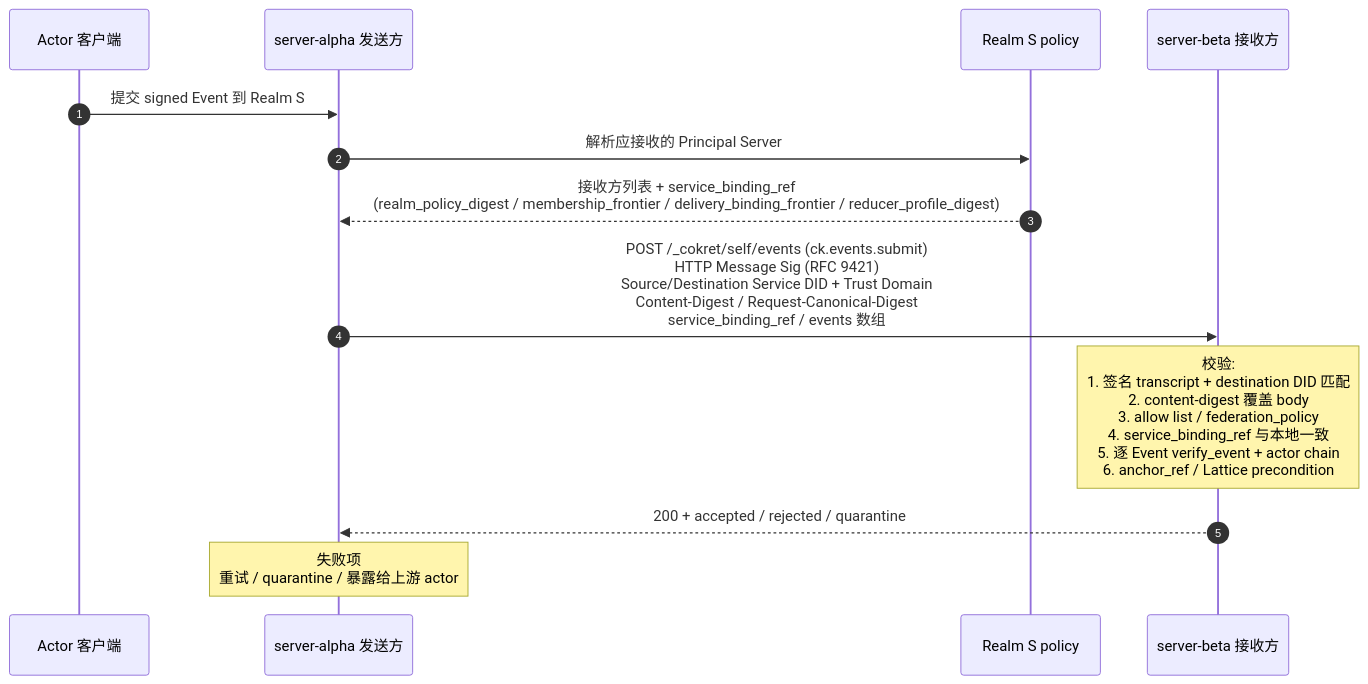
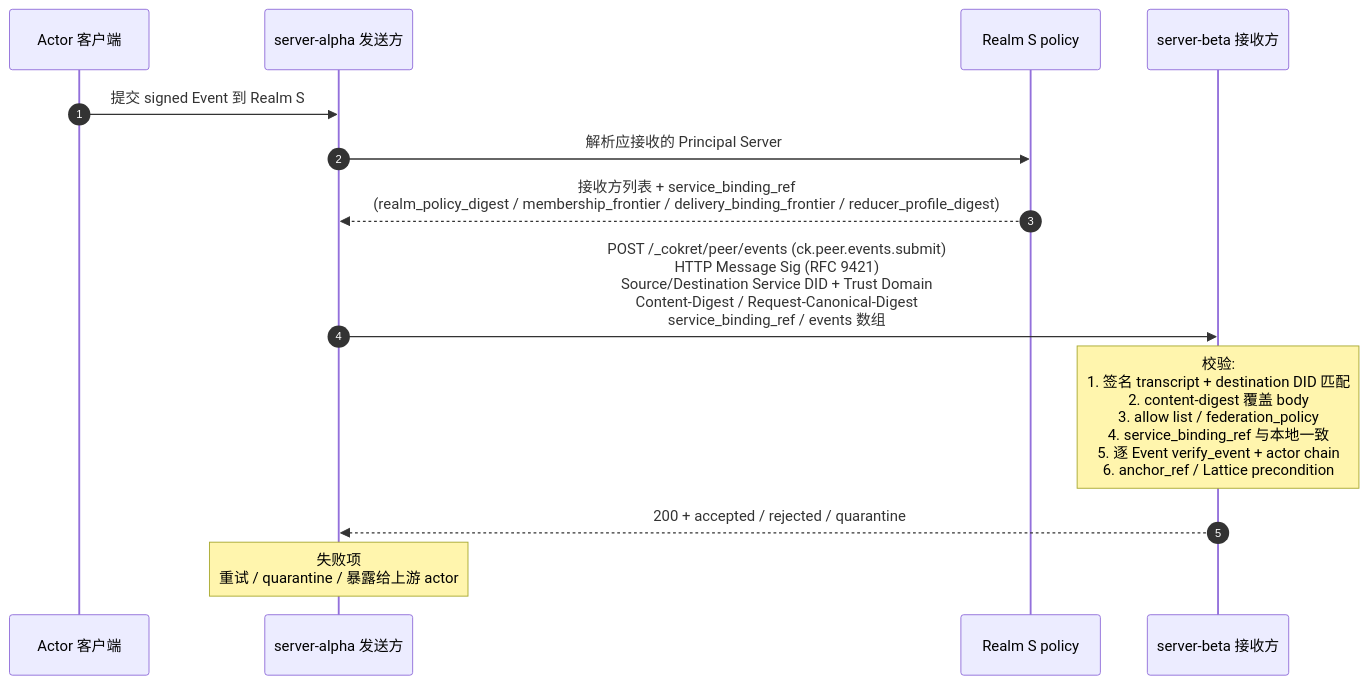
One commit to arkret-org/arkret-spec changed the diagram in spec/v1/zh/sync/federation.md. Above: the diagram before and after it, drawn with Mermaid. The commit also changed other lines of this file and 25 other files, not shown here.

First line of the commit message:
Enhance Cokret HTTP/JSON binding and federation capabilities

````diff
--- a/spec/v1/zh/sync/federation.md
+++ b/spec/v1/zh/sync/federation.md
@@ -342,16 +342,16 @@
 ```mermaid
 sequenceDiagram
     autonumber
     participant Cli as Actor 客户端
     participant Alpha as server-alpha 发送方
     participant Pol as Realm S policy
     participant Beta as server-beta 接收方
 
     Cli->>Alpha: 提交 signed Event 到 Realm S
     Alpha->>Pol: 解析应接收的 Principal Server
     Pol-->>Alpha: 接收方列表 + service_binding_ref<br>(realm_policy_digest / membership_frontier / delivery_binding_frontier / reducer_profile_digest)
-    Alpha->>Beta: POST /_cokret/self/events (ck.events.submit)<br>HTTP Message Sig (RFC 9421)<br>Source/Destination Service DID + Trust Domain<br>Content-Digest / Request-Canonical-Digest<br>service_binding_ref / events 数组
+    Alpha->>Beta: POST /_cokret/peer/events (ck.peer.events.submit)<br>HTTP Message Sig (RFC 9421)<br>Source/Destination Service DID + Trust Domain<br>Content-Digest / Request-Canonical-Digest<br>service_binding_ref / events 数组
     note over Beta: 校验:<br>1. 签名 transcript + destination DID 匹配<br>2. content-digest 覆盖 body<br>3. allow list / federation_policy<br>4. service_binding_ref 与本地一致<br>5. 逐 Event verify_event + actor chain<br>6. anchor_ref / Lattice precondition
     Beta-->>Alpha: 200 + accepted / rejected / quarantine
     note over Alpha: 失败项<br>重试 / quarantine / 暴露给上游 actor
 ```
````
